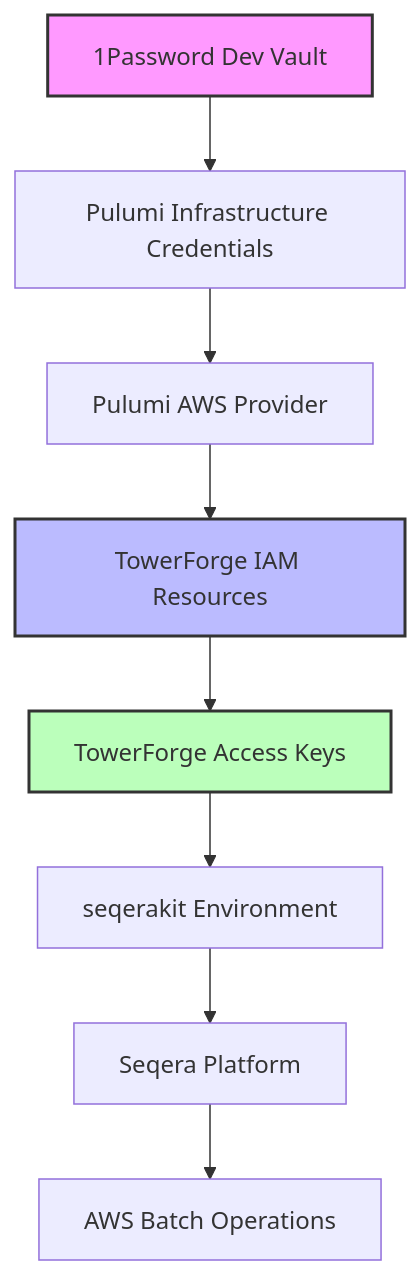
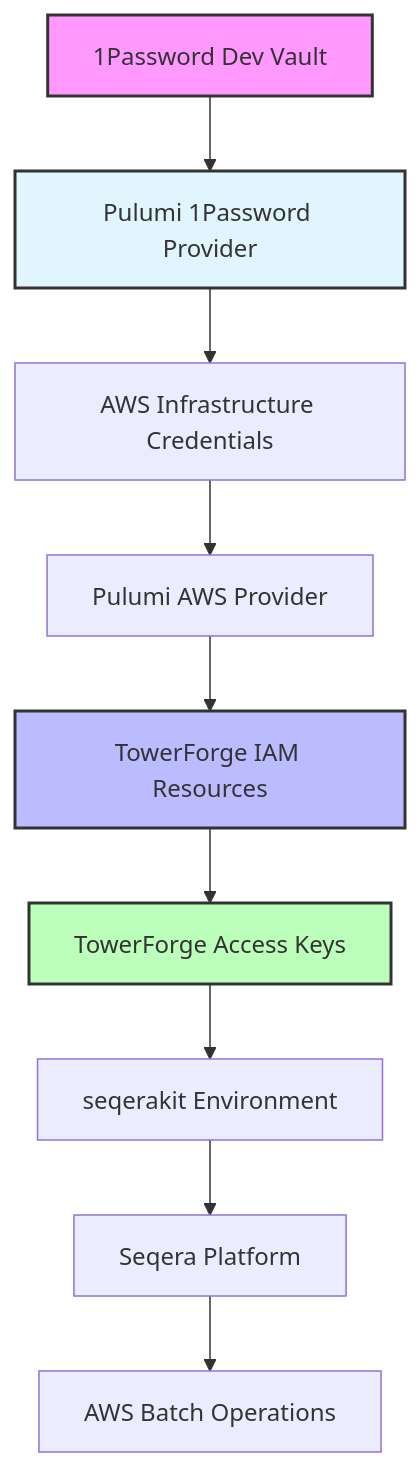
The diagram in pulumi/AWSMegatests/CREDENTIALS.md (nf-core/ops), drawn with Mermaid before and after one commit. The commit also changed other lines of this file and 6 other files, not shown here.

First line of the commit message:
refactor: migrate AWSMegatests to Pulumi-native 1Password integration

````diff
--- a/pulumi/AWSMegatests/CREDENTIALS.md
+++ b/pulumi/AWSMegatests/CREDENTIALS.md
@@ -14,14 +14,16 @@
 ```mermaid
 graph TB
-    A[1Password Dev Vault] --> B[Pulumi Infrastructure Credentials]
-    B --> C[Pulumi AWS Provider]
-    C --> D[TowerForge IAM Resources]
-    D --> E[TowerForge Access Keys]
-    E --> F[seqerakit Environment]
-    F --> G[Seqera Platform]
-    G --> H[AWS Batch Operations]
+    A[1Password Dev Vault] --> B[Pulumi 1Password Provider]
+    B --> C[AWS Infrastructure Credentials]
+    C --> D[Pulumi AWS Provider]
+    D --> E[TowerForge IAM Resources]
+    E --> F[TowerForge Access Keys]
+    F --> G[seqerakit Environment]
+    G --> H[Seqera Platform]
+    H --> I[AWS Batch Operations]
 
     style A fill:#f9f,stroke:#333,stroke-width:2px
-    style D fill:#bbf,stroke:#333,stroke-width:2px
-    style E fill:#bfb,stroke:#333,stroke-width:2px
+    style B fill:#e1f5fe,stroke:#333,stroke-width:2px
+    style E fill:#bbf,stroke:#333,stroke-width:2px
+    style F fill:#bfb,stroke:#333,stroke-width:2px
 ```
````
